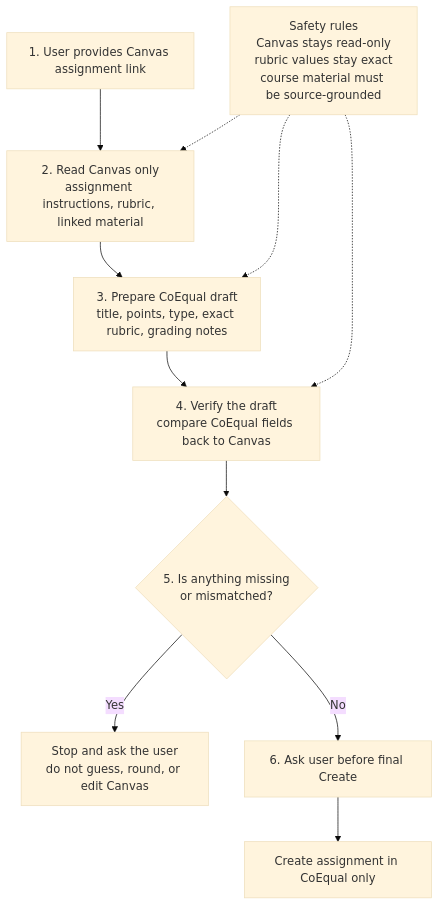
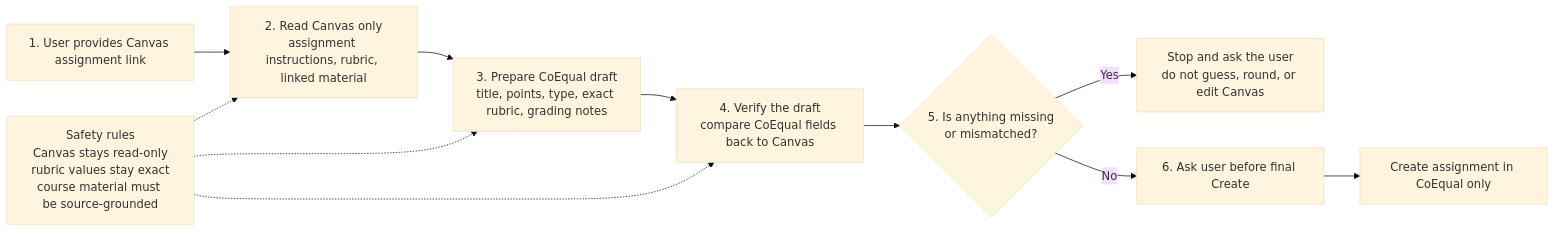
The diagram in README.md (dalalbhavik01/coequal-assignment-creator), drawn with Mermaid (base theme) before and after one commit.

Commit message:
Use horizontal workflow diagram in README

````diff
--- a/README.md
+++ b/README.md
@@ -69,19 +69,19 @@
 ```mermaid
-flowchart TD
+flowchart LR
     A["1. User provides Canvas assignment link"]
     B["2. Read Canvas only<br/>assignment instructions, rubric, linked material"]
     C["3. Prepare CoEqual draft<br/>title, points, type, exact rubric, grading notes"]
     D["4. Verify the draft<br/>compare CoEqual fields back to Canvas"]
     E{"5. Is anything missing<br/>or mismatched?"}
     F["Stop and ask the user<br/>do not guess, round, or edit Canvas"]
     G["6. Ask user before final Create"]
     H["Create assignment in CoEqual only"]
     S["Safety rules<br/>Canvas stays read-only<br/>rubric values stay exact<br/>course material must be source-grounded"]
 
     A --> B --> C --> D --> E
     E -->|Yes| F
     E -->|No| G --> H
     S -.-> B
     S -.-> C
     S -.-> D
 ```
````
